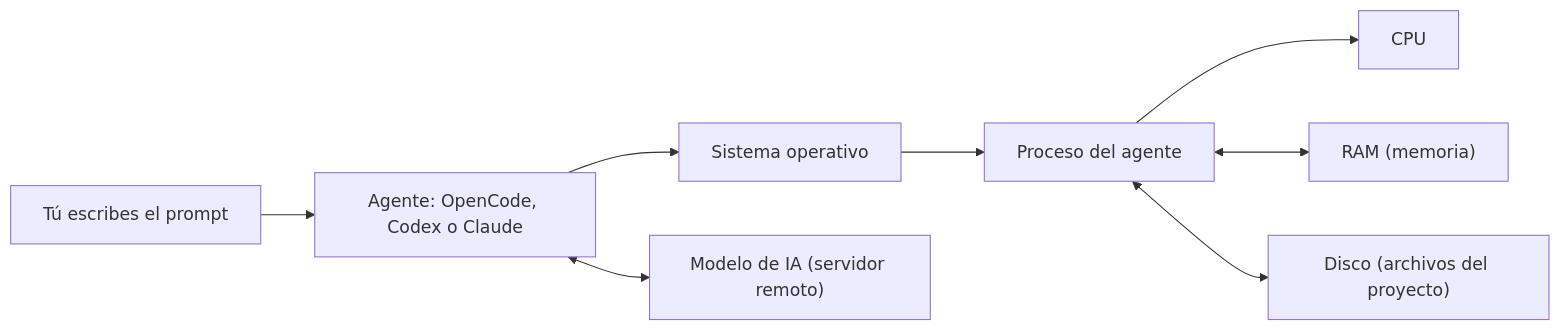
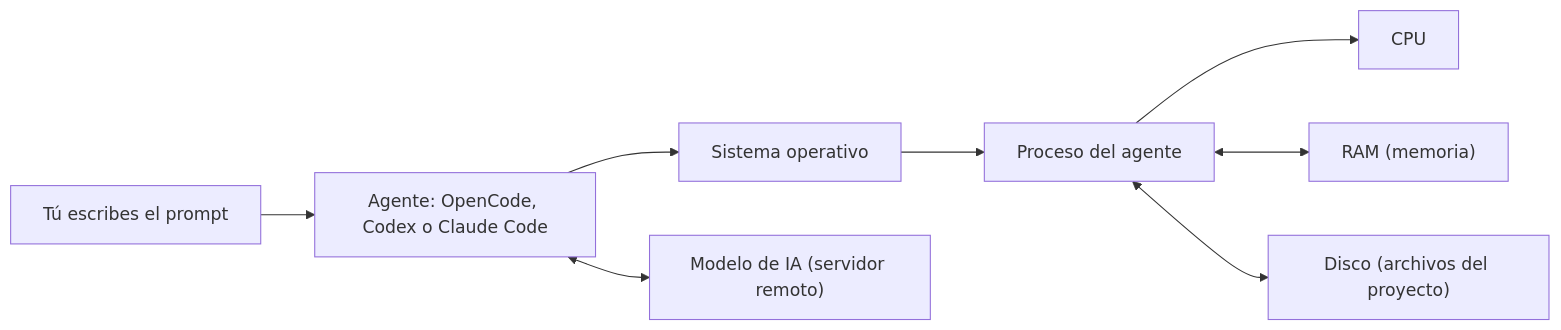
The diagram in src/content/docs/01-fundamentos-tecnologicos/01-como-funciona-una-computadora.md (harrysxavio/gentle-ai-manual), drawn with Mermaid before and after one commit. The commit also changed other lines of this file and 4 other files, not shown here.

````diff
--- a/src/content/docs/01-fundamentos-tecnologicos/01-como-funciona-una-computadora.md
+++ b/src/content/docs/01-fundamentos-tecnologicos/01-como-funciona-una-computadora.md
@@ -127,10 +127,10 @@
 ```mermaid
 flowchart LR
-    U["Tú escribes el prompt"] --> AG["Agente: OpenCode, Codex o Claude"]
+    U["Tú escribes el prompt"] --> AG["Agente: OpenCode, Codex o Claude Code"]
     AG --> OS["Sistema operativo"]
     OS --> PR["Proceso del agente"]
     PR --> CPU["CPU"]
     PR <--> RAM["RAM (memoria)"]
     PR <--> DSK["Disco (archivos del proyecto)"]
     AG <--> MOD["Modelo de IA (servidor remoto)"]
 ```
````
